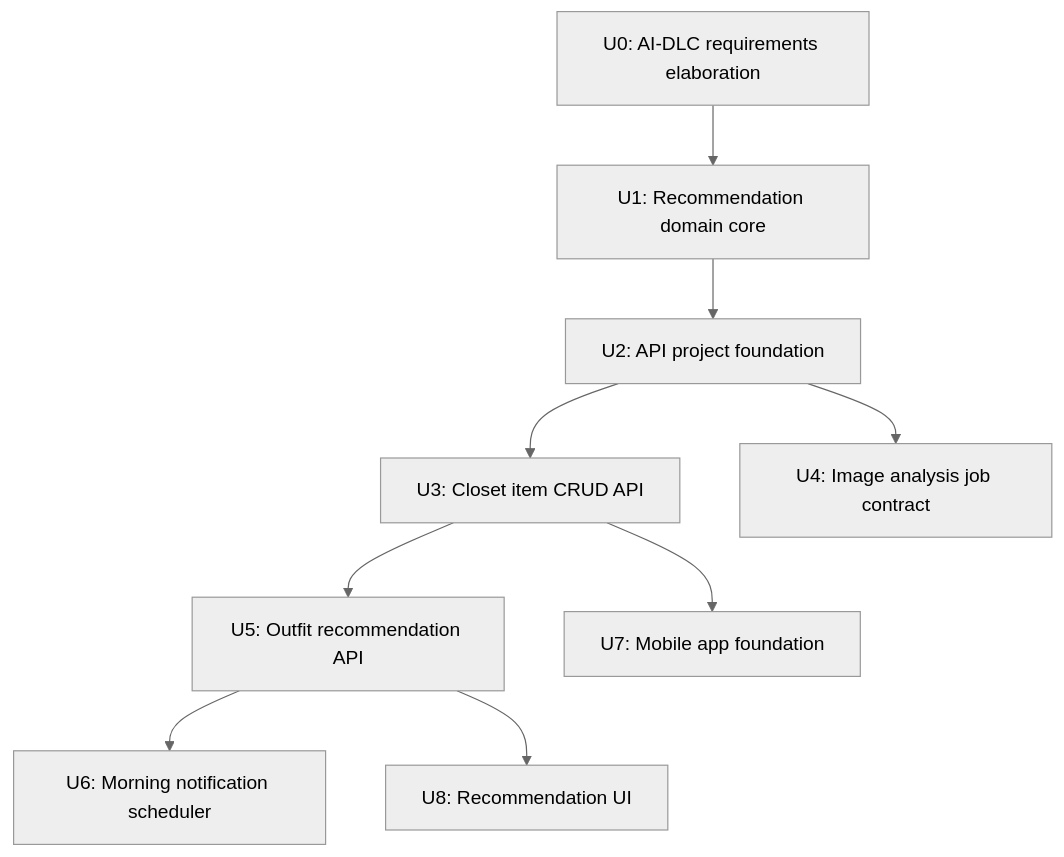
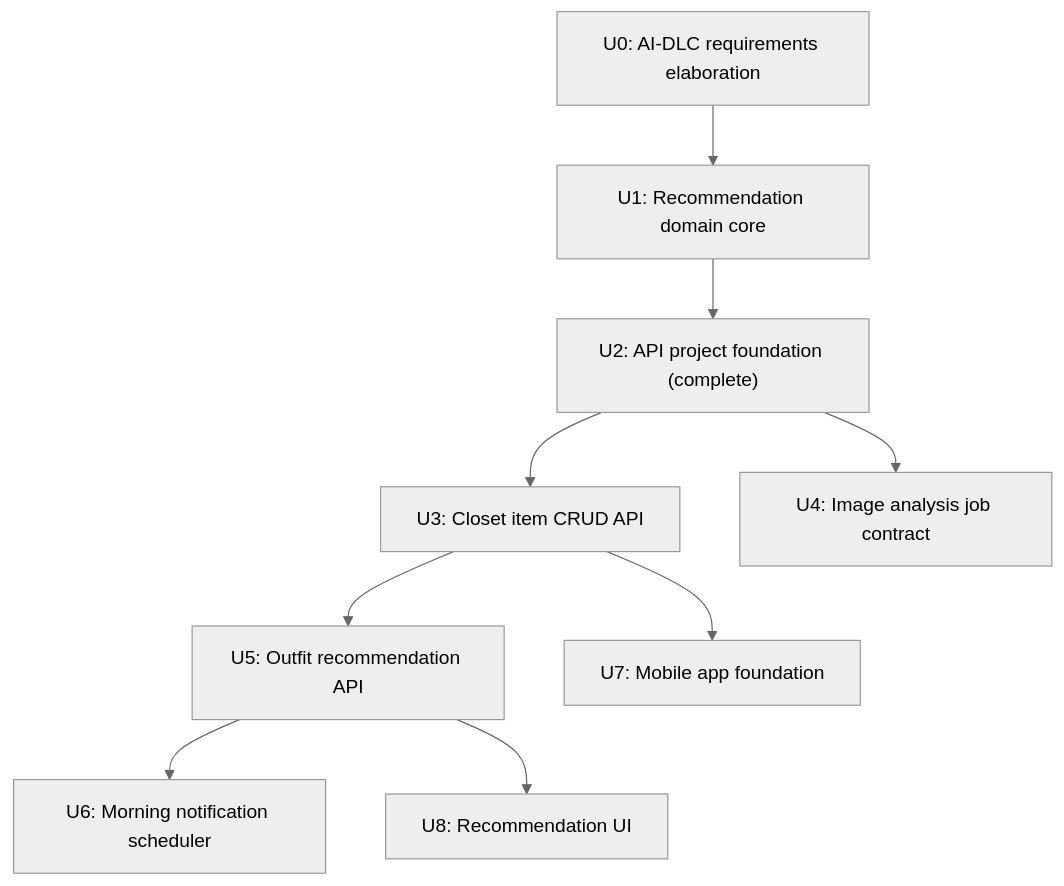
Before and after one commit to idealization/Fitlog: the diagram in requirements/ai_dlc/00_intent.md, drawn with Mermaid (neutral theme). The commit also changed other lines of this file and 22 other files, not shown here.

Commit message:
Add FastAPI project foundation

````diff
--- a/requirements/ai_dlc/00_intent.md
+++ b/requirements/ai_dlc/00_intent.md
@@ -30,11 +30,11 @@
 ```mermaid
 flowchart TD
     U0["U0: AI-DLC requirements elaboration"] --> U1["U1: Recommendation domain core"]
-    U1 --> U2["U2: API project foundation"]
+    U1 --> U2["U2: API project foundation (complete)"]
     U2 --> U3["U3: Closet item CRUD API"]
     U2 --> U4["U4: Image analysis job contract"]
     U3 --> U5["U5: Outfit recommendation API"]
     U5 --> U6["U6: Morning notification scheduler"]
     U3 --> U7["U7: Mobile app foundation"]
     U5 --> U8["U8: Recommendation UI"]
 ```
````
